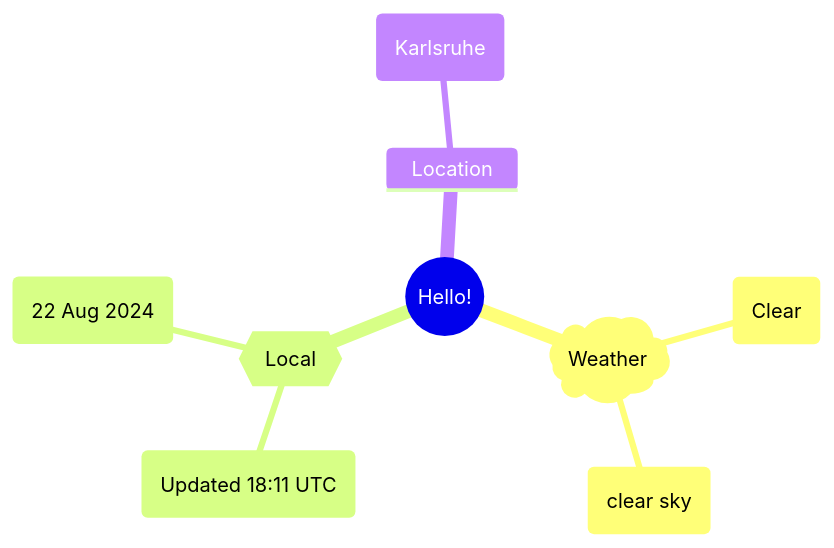
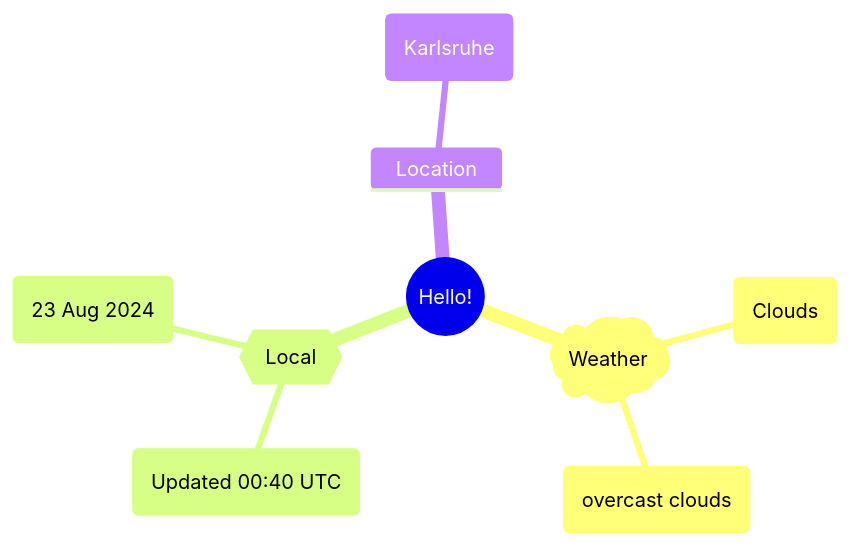
Before and after one commit to Xosrov/Xosrov: the first of 2 diagrams in README.md, drawn with Mermaid.

Commit message:
[bot] updated images

````diff
--- a/README.md
+++ b/README.md
@@ -3,12 +3,12 @@
 ```mermaid
 mindmap
   root((Hello!))
     )Weather(
-        (Clear)
-        (clear sky)
+        (Clouds)
+        (overcast clouds)
     {{Local}}
-        (Updated 18:11 UTC)
-        (22 Aug 2024)
+        (Updated 00:40 UTC)
+        (23 Aug 2024)
     Location
         (Karlsruhe)
 ```
````
